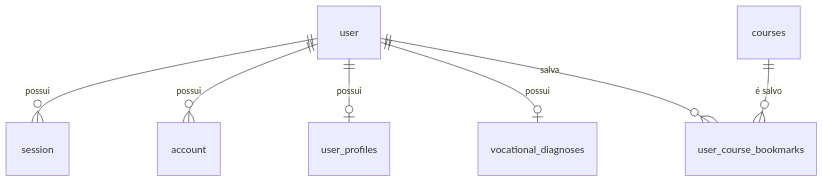
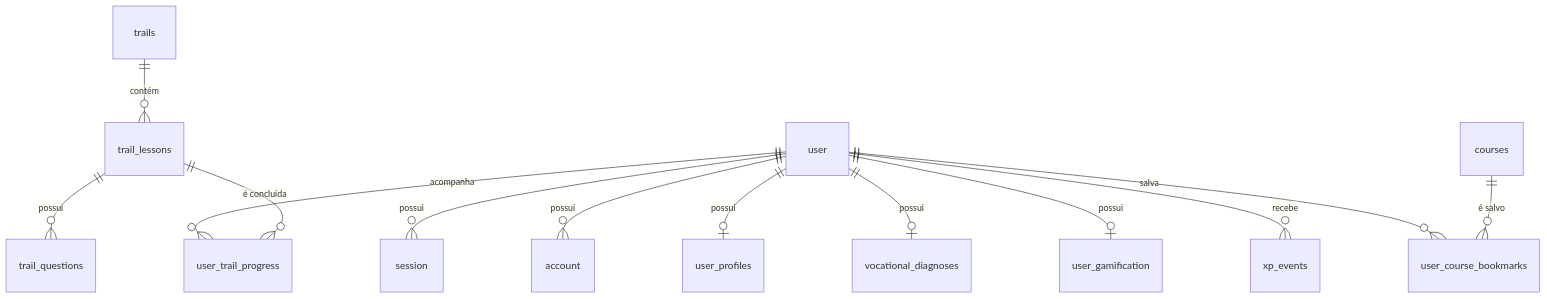
Before and after one commit to G4brielV/ConnectaDev: the diagram in docs/banco-de-dados/Modelagem_de_Dados.md, drawn with Mermaid. The commit also changed other lines of this file and 1 other file, not shown here.

Commit message:
feat(gamification): [tt-84] adds and documents gamification epic tables

````diff
--- a/docs/banco-de-dados/Modelagem_de_Dados.md
+++ b/docs/banco-de-dados/Modelagem_de_Dados.md
@@ -41,9 +47,15 @@
 ```mermaid
 erDiagram
     user ||--o{ session : "possui"
     user ||--o{ account : "possui"
     user ||--o| user_profiles : "possui"
     user ||--o| vocational_diagnoses : "possui"
+    user ||--o| user_gamification : "possui"
+    user ||--o{ xp_events : "recebe"
+    user ||--o{ user_trail_progress : "acompanha"
+    trails ||--o{ trail_lessons : "contém"
+    trail_lessons ||--o{ trail_questions : "possui"
+    trail_lessons ||--o{ user_trail_progress : "é concluída"
     user ||--o{ user_course_bookmarks : "salva"
     courses ||--o{ user_course_bookmarks : "é salvo"
 ```
````
